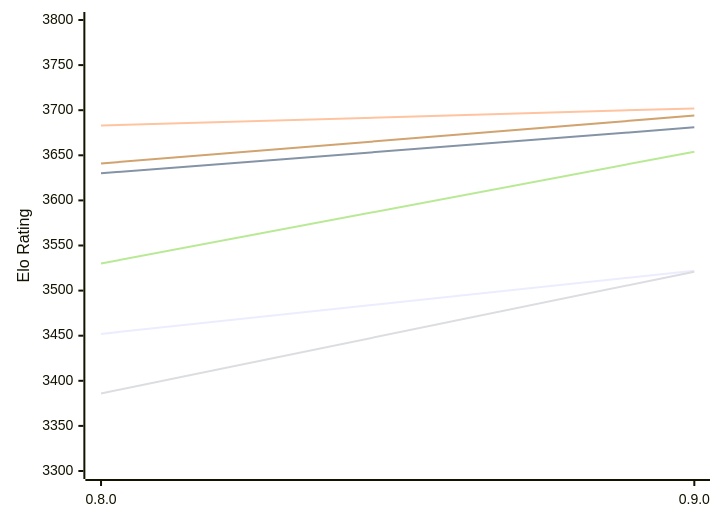
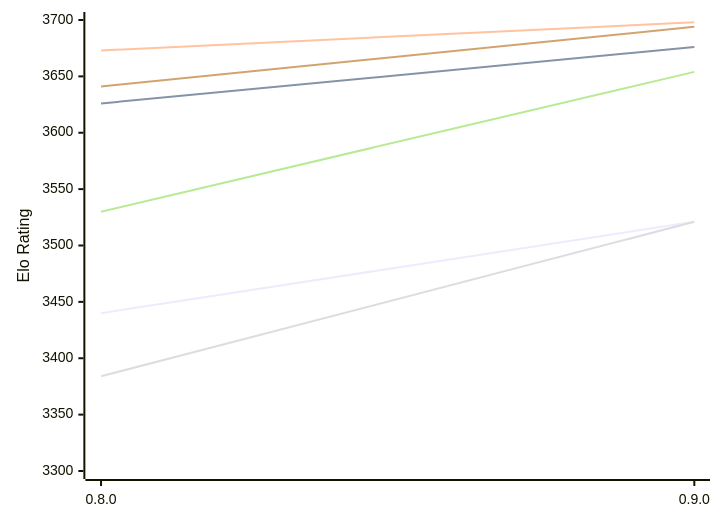
The first of 2 diagrams in engines/Reckless.md (computer-chess-index/cci), drawn with Mermaid before and after one commit. The commit also changed other lines of this file, not shown here.

Commit message:
Update CCI Ratings (ELO VLTC) - 2026-11-26

````diff
--- a/engines/Reckless.md
+++ b/engines/Reckless.md
@@ -50,12 +50,12 @@
 ```mermaid
 %%{init: {"theme":"base","themeVariables":{"seriesColors:['#a3a3a3','#222221','#faa371']}}}%%
 xychart-beta
   x-axis ["0.8.0", "0.9.0"]
-  y-axis "Elo Rating" 3300 --> 3800
-  line "E1: STC (8.0+0.08s)" [3452, 3522]
-  line "E1: LTC (60.0+0.60s)" [3630, 3681]
-  line "E1: VLTC (2m24s+1.12s)" [3683, 3702]
-  line "P1: STC (8.0+0.08s)" [3386, 3521]
+  y-axis "Elo Rating" 3300 --> 3700
+  line "E1: STC (8.0+0.08s)" [3440, 3521]
+  line "E1: LTC (60.0+0.60s)" [3626, 3676]
+  line "E1: VLTC (2m24s+1.12s)" [3673, 3698]
+  line "P1: STC (8.0+0.08s)" [3384, 3521]
   line "P1: LTC (60.0+0.60s)" [3530, 3654]
   line "P1: VLTC (2m24s+1.12s)" [3641, 3694]
 ```
````
